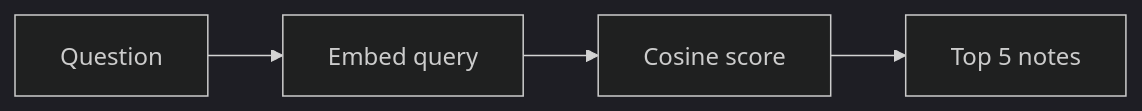
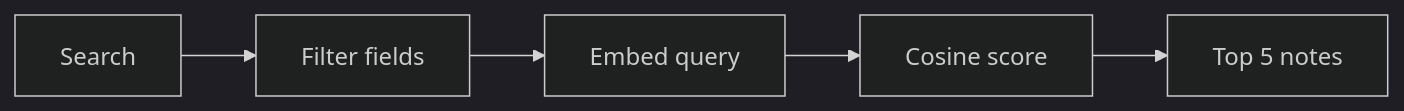
One commit to sabrahermassi/injury-journal-ai-agent changed the fifth of 7 diagrams in docs/embedding-model.md. Above: the diagram before and after it, drawn with Mermaid (dark theme). The commit also changed other lines of this file and 3 other files, not shown here.

Commit message:
feat: add hybrid search: filter by fields, then rank by meaning

````diff
--- a/docs/embedding-model.md
+++ b/docs/embedding-model.md
@@ -152,11 +145,13 @@
 ```mermaid
 flowchart LR
-    Q["Question"]
+    Q["Search"]
+    F["Filter fields"]
     E["Embed query"]
     C["Cosine score"]
     T["Top 5 notes"]
 
-    Q --> E
+    Q --> F
+    F --> E
     E --> C
     C --> T
 ```
````
